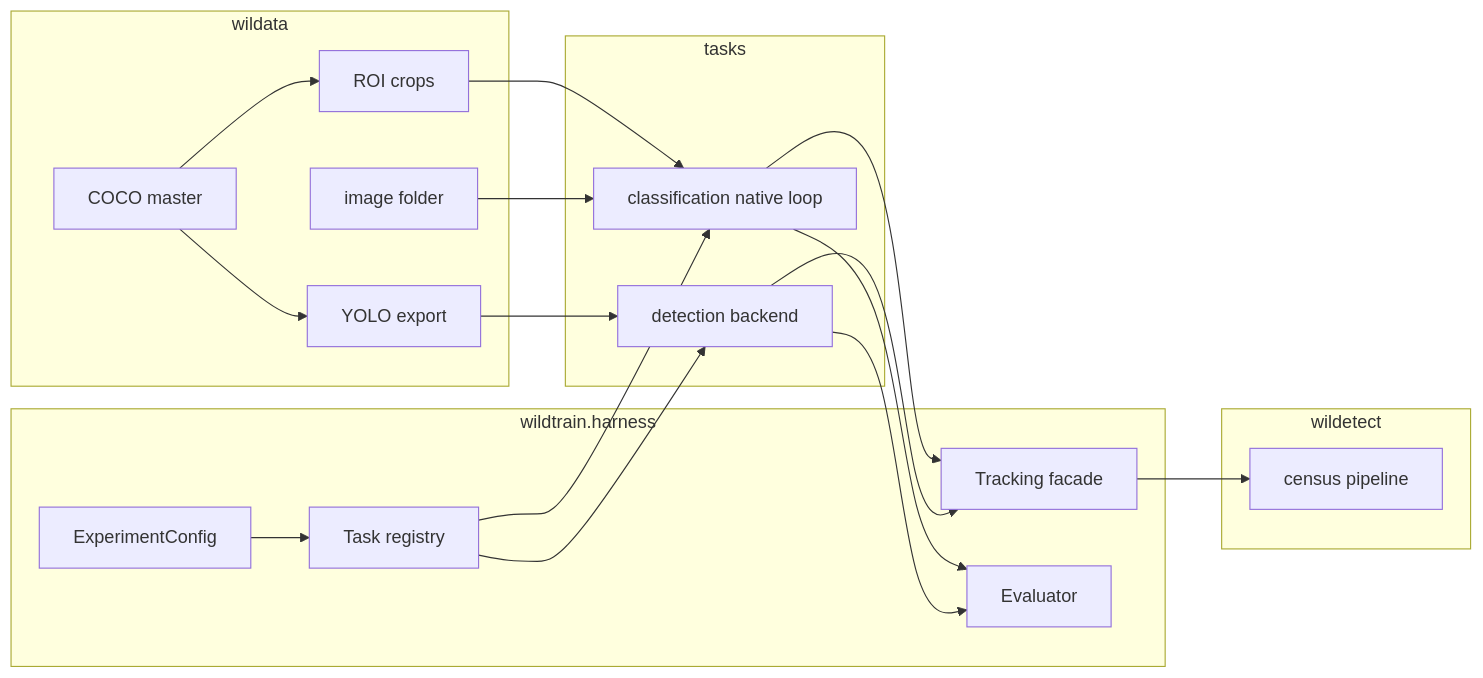
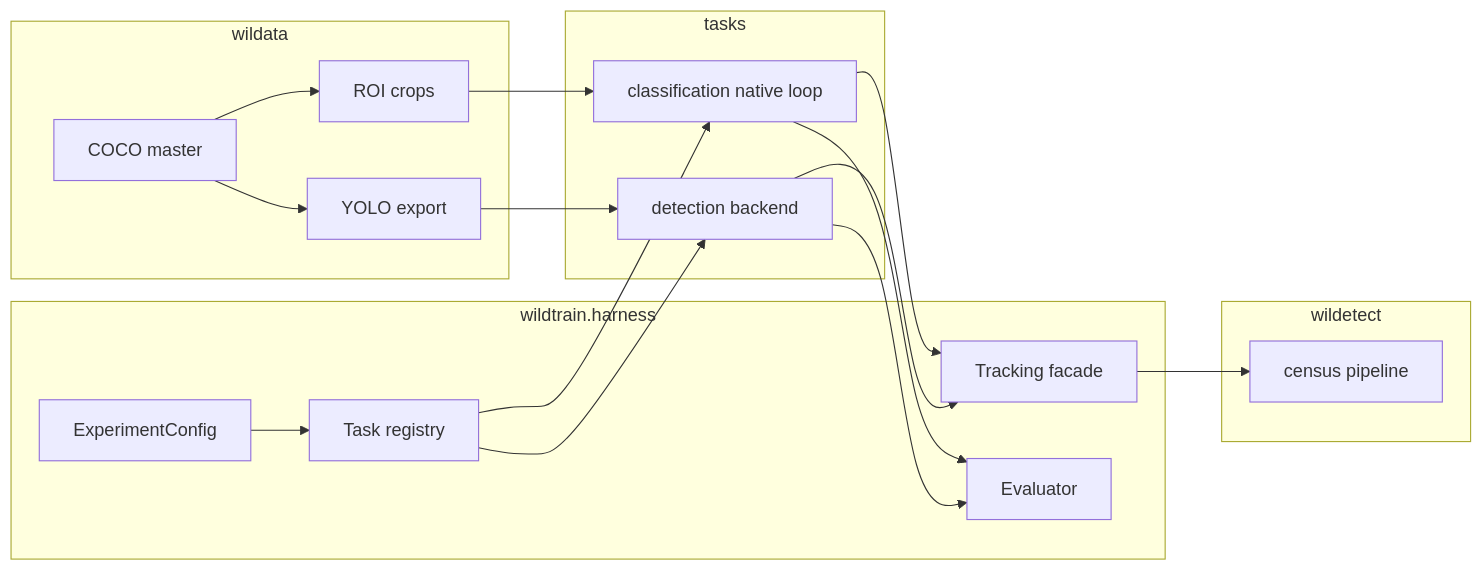
One commit to FadelMamar/wildetect changed the diagram in docs/harness_assessment.md. Above: the diagram before and after it, drawn with Mermaid. The commit also changed other lines of this file and 32 other files, not shown here.

````diff
--- a/docs/harness_assessment.md
+++ b/docs/harness_assessment.md
@@ -252,37 +265,35 @@
 ```mermaid
 flowchart LR
   subgraph wildata [wildata]
     COCO[COCO master]
     YOLO[YOLO export]
     ROI[ROI crops]
-    IMG[image folder]
   end
 
   subgraph harness [wildtrain.harness]
     CFG[ExperimentConfig]
     REG[Task registry]
     TRK[Tracking facade]
     EV[Evaluator]
   end
 
   subgraph tasks [tasks]
     CLS[classification native loop]
     DET[detection backend]
   end
 
   subgraph product [wildetect]
     CENSUS[census pipeline]
   end
 
   COCO --> YOLO --> DET
   COCO --> ROI --> CLS
-  IMG --> CLS
   CFG --> REG
   REG --> CLS
   REG --> DET
   CLS --> TRK
   DET --> TRK
   CLS --> EV
   DET --> EV
   TRK --> CENSUS
 ```
````
